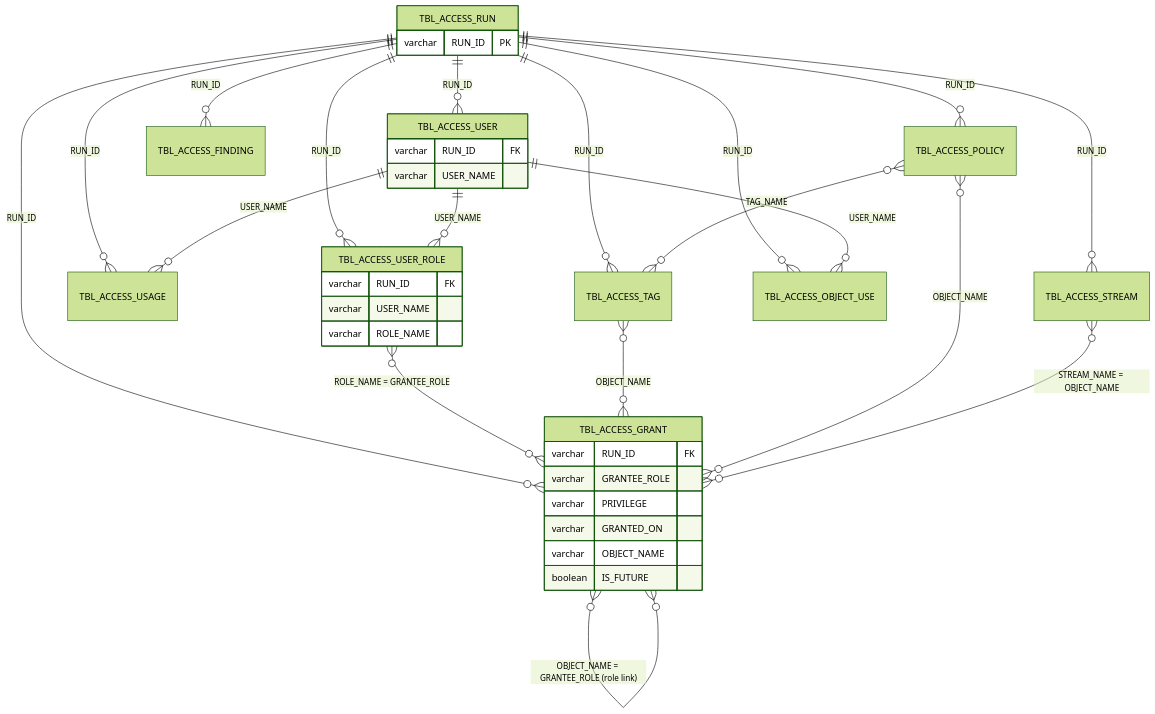
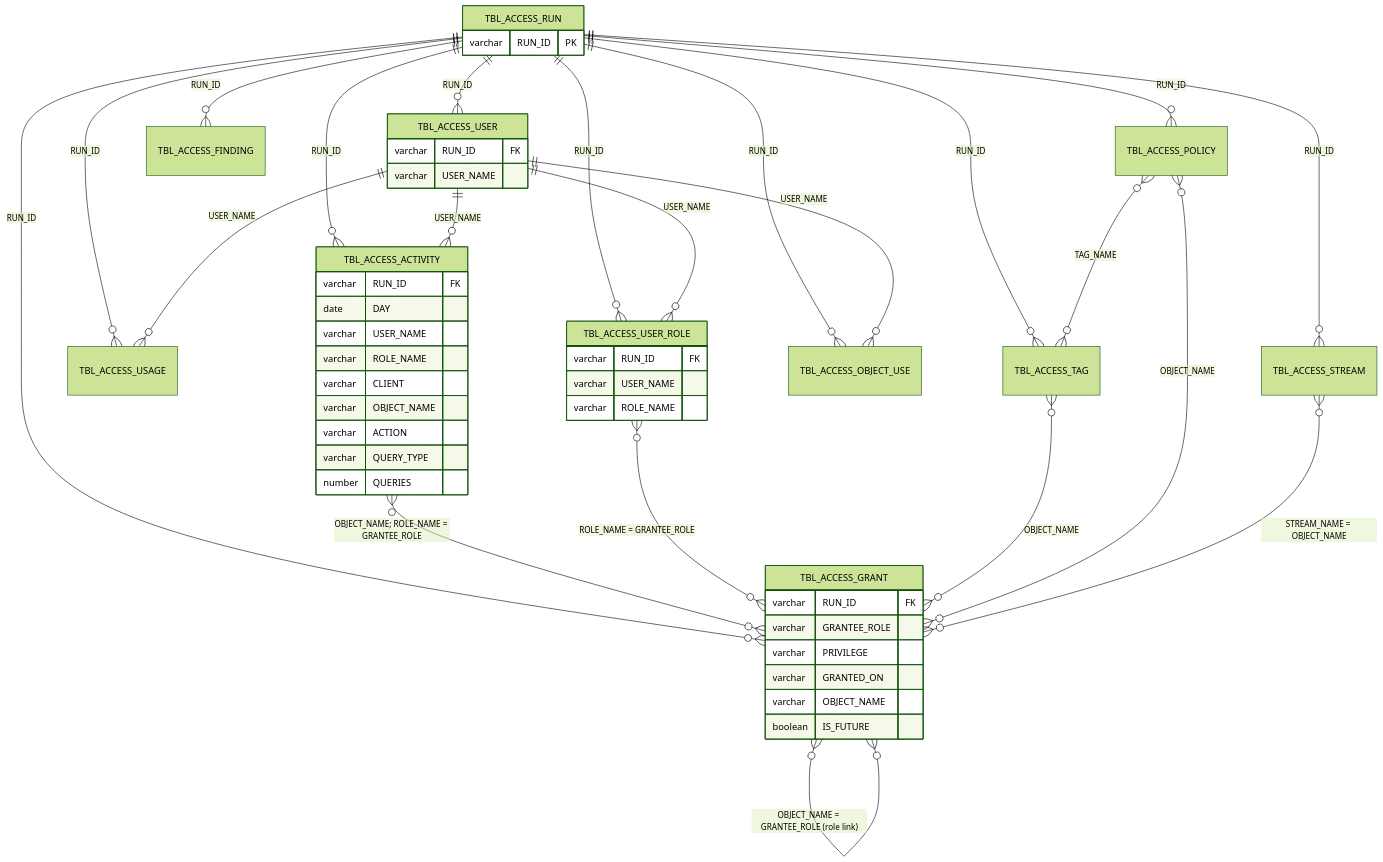
One commit to darshanmeel/snowflake-access-explorer changed the second of 2 diagrams in snowflake-access-explorer-knowledge-graph/data/model.md. Above: the diagram before and after it, drawn with Mermaid (forest theme). The commit also changed other lines of this file and 106 other files, not shown here.

First line of the commit message:
Docs and knowledge graph for Activity; setup verify expects 11 tables

````diff
--- a/snowflake-access-explorer-knowledge-graph/data/model.md
+++ b/snowflake-access-explorer-knowledge-graph/data/model.md
@@ -30,25 +31,29 @@
 ```mermaid
 erDiagram
   TBL_ACCESS_RUN ||--o{ TBL_ACCESS_GRANT : RUN_ID
   TBL_ACCESS_RUN ||--o{ TBL_ACCESS_USER_ROLE : RUN_ID
   TBL_ACCESS_RUN ||--o{ TBL_ACCESS_USER : RUN_ID
   TBL_ACCESS_RUN ||--o{ TBL_ACCESS_USAGE : RUN_ID
   TBL_ACCESS_RUN ||--o{ TBL_ACCESS_TAG : RUN_ID
   TBL_ACCESS_RUN ||--o{ TBL_ACCESS_POLICY : RUN_ID
   TBL_ACCESS_RUN ||--o{ TBL_ACCESS_STREAM : RUN_ID
   TBL_ACCESS_RUN ||--o{ TBL_ACCESS_OBJECT_USE : RUN_ID
+  TBL_ACCESS_RUN ||--o{ TBL_ACCESS_ACTIVITY : RUN_ID
   TBL_ACCESS_RUN ||--o{ TBL_ACCESS_FINDING : RUN_ID
   TBL_ACCESS_USER ||--o{ TBL_ACCESS_USER_ROLE : USER_NAME
   TBL_ACCESS_USER ||--o{ TBL_ACCESS_USAGE : USER_NAME
   TBL_ACCESS_USER ||--o{ TBL_ACCESS_OBJECT_USE : USER_NAME
+  TBL_ACCESS_USER ||--o{ TBL_ACCESS_ACTIVITY : USER_NAME
+  TBL_ACCESS_ACTIVITY }o--o{ TBL_ACCESS_GRANT : "OBJECT_NAME; ROLE_NAME = GRANTEE_ROLE"
   TBL_ACCESS_USER_ROLE }o--o{ TBL_ACCESS_GRANT : "ROLE_NAME = GRANTEE_ROLE"
   TBL_ACCESS_GRANT }o--o{ TBL_ACCESS_GRANT : "OBJECT_NAME = GRANTEE_ROLE (role link)"
   TBL_ACCESS_TAG }o--o{ TBL_ACCESS_GRANT : OBJECT_NAME
   TBL_ACCESS_POLICY }o--o{ TBL_ACCESS_GRANT : OBJECT_NAME
   TBL_ACCESS_POLICY }o--o{ TBL_ACCESS_TAG : TAG_NAME
   TBL_ACCESS_STREAM }o--o{ TBL_ACCESS_GRANT : "STREAM_NAME = OBJECT_NAME"
   TBL_ACCESS_RUN { varchar RUN_ID PK }
   TBL_ACCESS_GRANT { varchar RUN_ID FK varchar GRANTEE_ROLE varchar PRIVILEGE varchar GRANTED_ON varchar OBJECT_NAME boolean IS_FUTURE }
   TBL_ACCESS_USER_ROLE { varchar RUN_ID FK varchar USER_NAME varchar ROLE_NAME }
   TBL_ACCESS_USER { varchar RUN_ID FK varchar USER_NAME }
+  TBL_ACCESS_ACTIVITY { varchar RUN_ID FK date DAY varchar USER_NAME varchar ROLE_NAME varchar CLIENT varchar OBJECT_NAME varchar ACTION varchar QUERY_TYPE number QUERIES }
 ```
````
